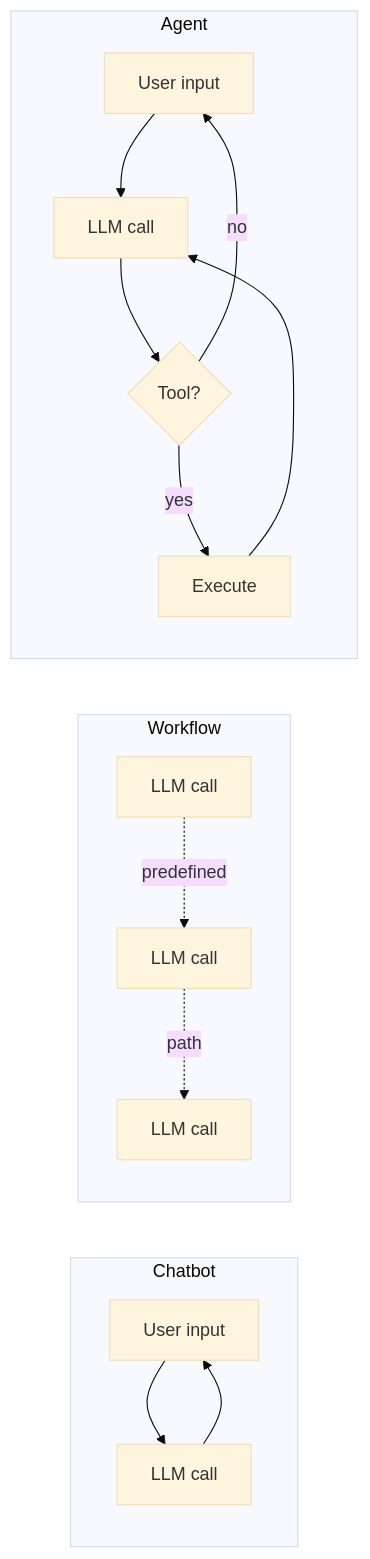
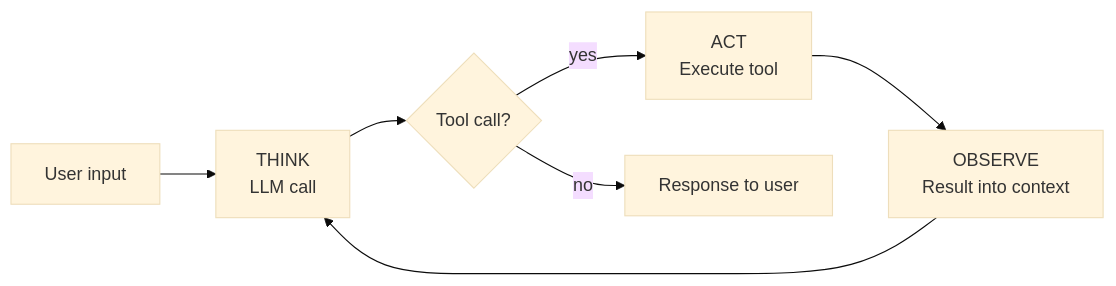
One commit to averagejoeslab/agenteng changed the diagram in agentic-engineering/lessons/01-what-is-an-agent/README.md. Above: the diagram before and after it, drawn with Mermaid (base theme). The commit also changed other lines of this file, not shown here.

First line of the commit message:
docs(lesson 1): refocus on agents, drop chatbot/workflow taxonomy

````diff
--- a/agentic-engineering/lessons/01-what-is-an-agent/README.md
+++ b/agentic-engineering/lessons/01-what-is-an-agent/README.md
@@ -38,19 +31,9 @@
 ```mermaid
 flowchart LR
-    subgraph Chatbot
-        direction TB
-        A0[User input] --> A1[LLM call]
-        A1 --> A0
-    end
-    subgraph Workflow
-        direction TB
-        B1[LLM call] -.predefined.-> B2[LLM call] -.path.-> B3[LLM call]
-    end
-    subgraph Agent
-        direction TB
-        C0[User input] --> C1[LLM call]
-        C1 --> C2{Tool?}
-        C2 -->|yes| C3[Execute] --> C1
-        C2 -->|no| C0
-    end
+    Start[User input] --> Think[THINK<br/>LLM call]
+    Think --> Branch{Tool call?}
+    Branch -->|yes| Act[ACT<br/>Execute tool]
+    Act --> Observe[OBSERVE<br/>Result into context]
+    Observe --> Think
+    Branch -->|no| End[Response to user]
 ```
````
